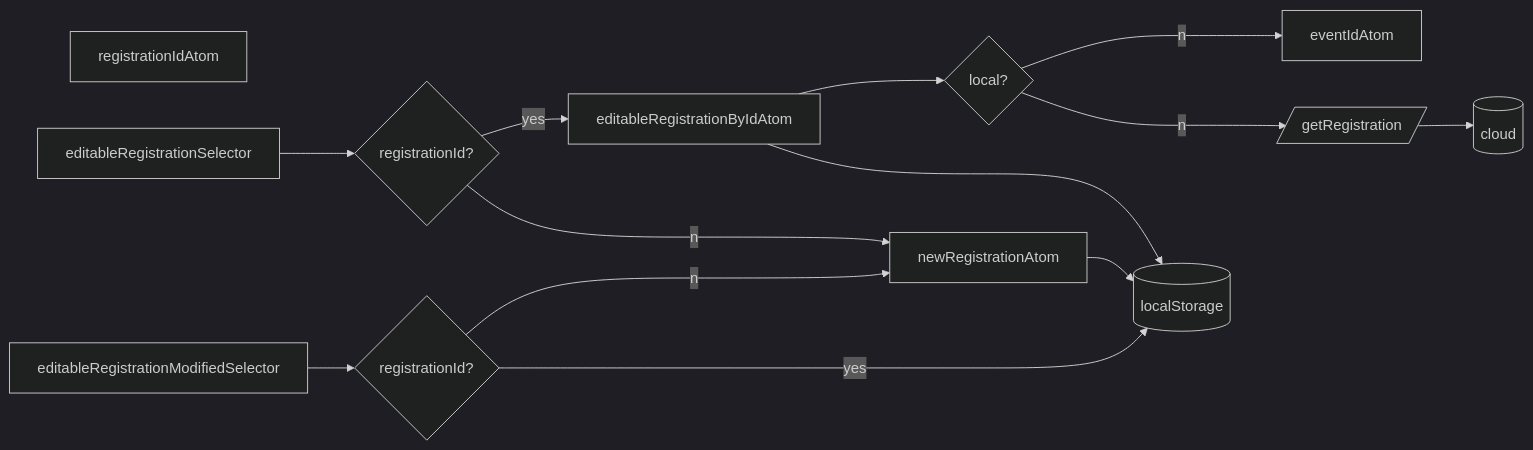
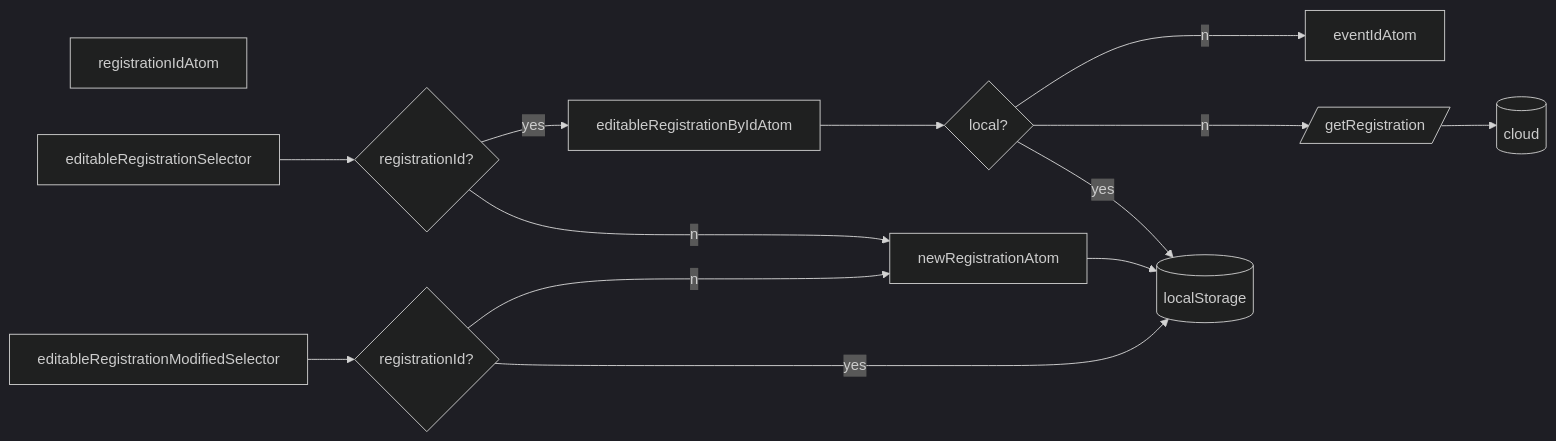
Before and after one commit to koekalenteri/koekalenteri: the fourth of 4 diagrams in koekalenteri-frontend/src/pages/recoil/README.md, drawn with Mermaid (dark theme). The commit also changed 6 other files, not shown here.

````diff
--- a/koekalenteri-frontend/src/pages/recoil/README.md
+++ b/koekalenteri-frontend/src/pages/recoil/README.md
@@ -69,21 +69,21 @@
 ```mermaid
 flowchart LR
   registrationIdAtom
   newRegistrationAtom-->storageEffect
   editableRegistrationByIdAtom-->Q{local?}
   Q--no-->eventIdAtom
   Q--no-->getRegistration
-  editableRegistrationByIdAtom-->storageEffect
+  Q--yes-->storageEffect
 
   storageEffect[(localStorage)]
 
   editableRegistrationSelector-->Q1{registrationId?}
   Q1--yes-->editableRegistrationByIdAtom
   Q1--no-->newRegistrationAtom
 
   editableRegistrationModifiedSelector-->Q2{registrationId?}
   Q2--no-->newRegistrationAtom
   Q2--yes-->storageEffect
 
   getRegistration[/getRegistration/]-->aws[(cloud)]
 ```
````
